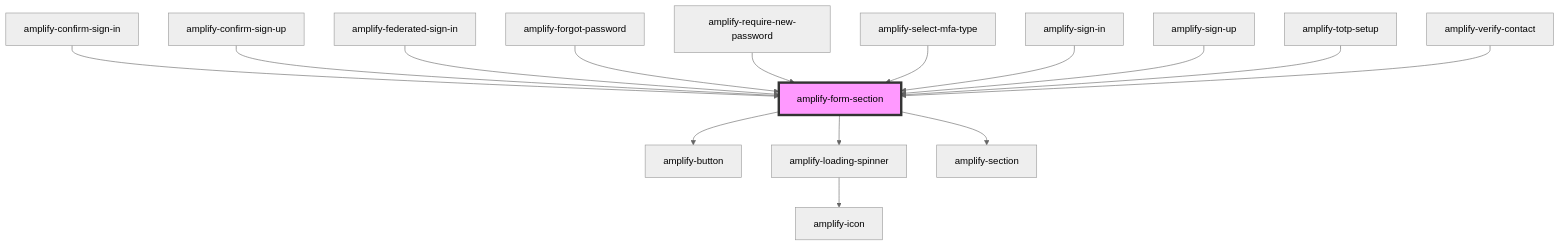
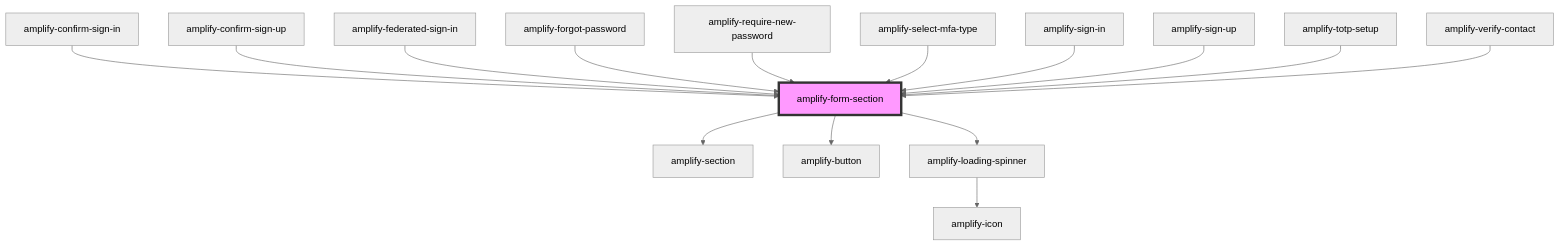
One commit to aws-amplify/amplify-js changed the diagram in packages/amplify-ui-components/src/components/amplify-form-section/readme.md. Above: the diagram before and after it, drawn with Mermaid (neutral theme). The commit also changed other lines of this file and 28 other files, not shown here.

````diff
--- a/packages/amplify-ui-components/src/components/amplify-form-section/readme.md
+++ b/packages/amplify-ui-components/src/components/amplify-form-section/readme.md
@@ -42,18 +41,18 @@
 ```mermaid
 graph TD;
+  amplify-form-section --> amplify-section
   amplify-form-section --> amplify-button
   amplify-form-section --> amplify-loading-spinner
-  amplify-form-section --> amplify-section
   amplify-loading-spinner --> amplify-icon
   amplify-confirm-sign-in --> amplify-form-section
   amplify-confirm-sign-up --> amplify-form-section
   amplify-federated-sign-in --> amplify-form-section
   amplify-forgot-password --> amplify-form-section
   amplify-require-new-password --> amplify-form-section
   amplify-select-mfa-type --> amplify-form-section
   amplify-sign-in --> amplify-form-section
   amplify-sign-up --> amplify-form-section
   amplify-totp-setup --> amplify-form-section
   amplify-verify-contact --> amplify-form-section
   style amplify-form-section fill:#f9f,stroke:#333,stroke-width:4px
 ```
````
